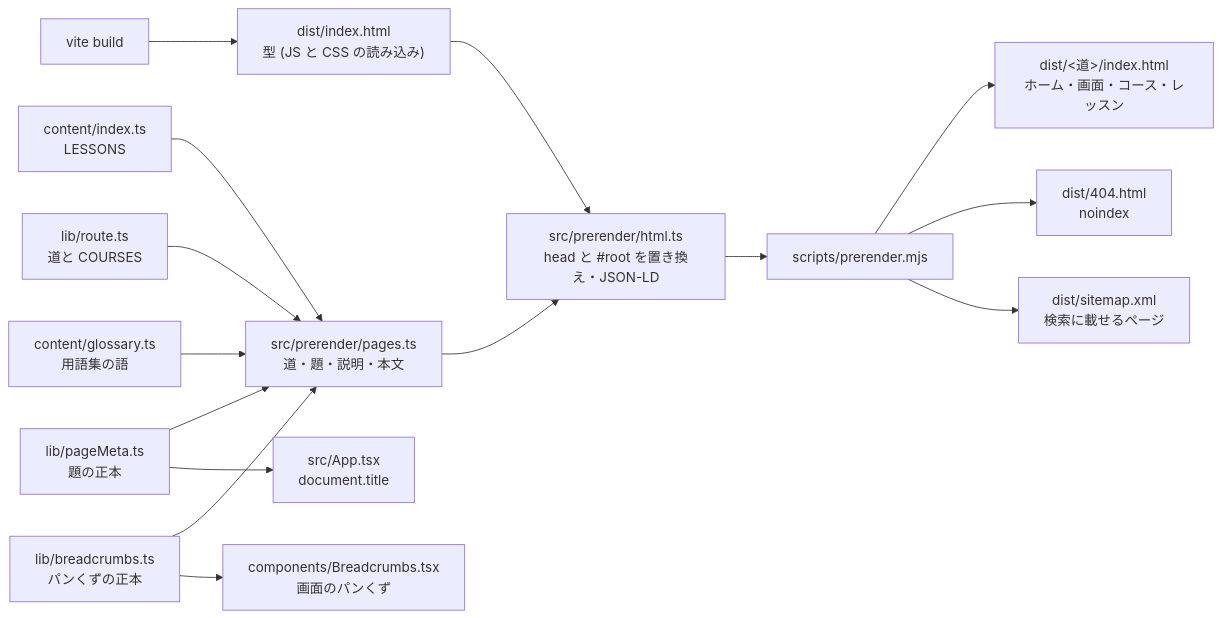
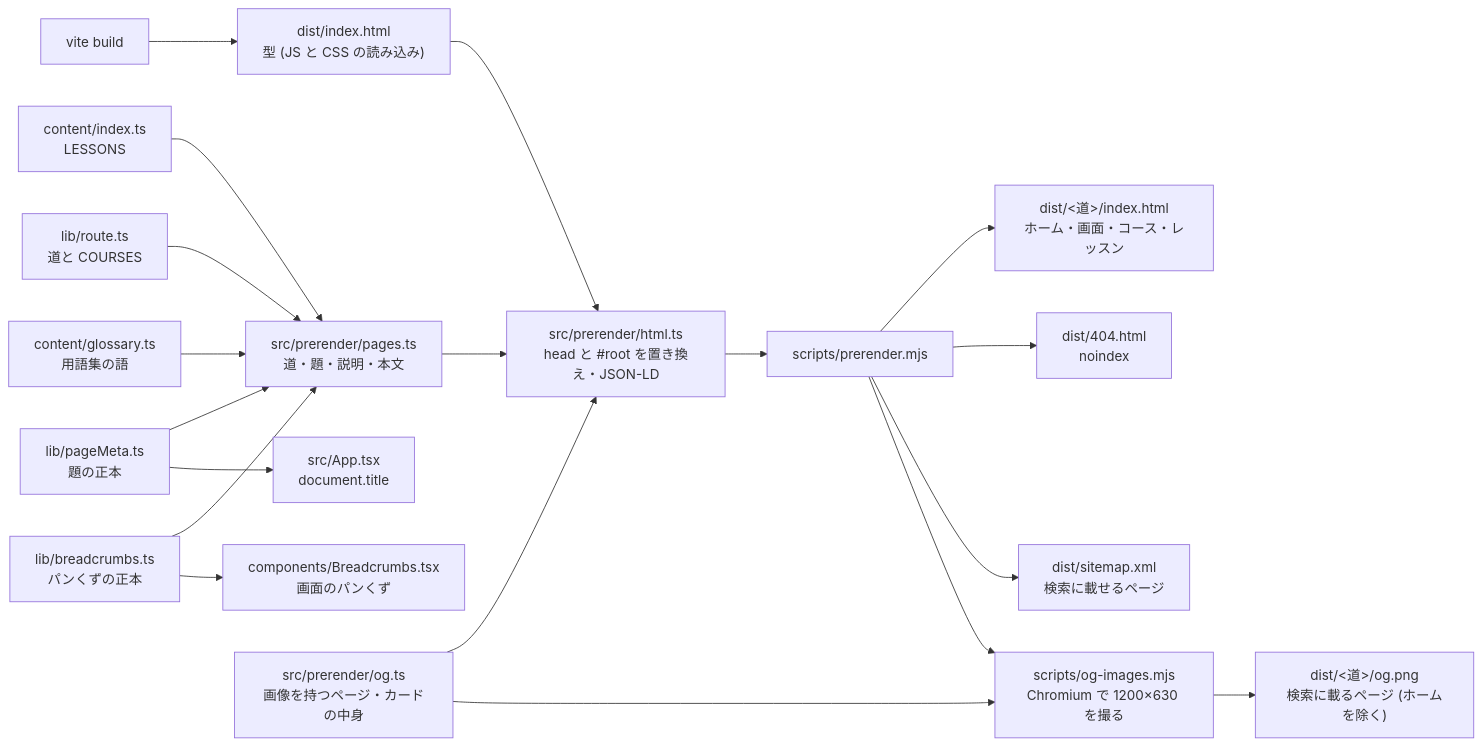
The third of 3 diagrams in README.md (maco165/gantlo), drawn with Mermaid before and after one commit. The commit also changed other lines of this file and 1 other file, not shown here.

````diff
--- a/README.md
+++ b/README.md
@@ -174,17 +174,21 @@
 ```mermaid
 flowchart LR
   build["vite build"] --> tpl["dist/index.html<br/>型 (JS と CSS の読み込み)"]
   content["content/index.ts<br/>LESSONS"] --> pages["src/prerender/pages.ts<br/>道・題・説明・本文"]
   route["lib/route.ts<br/>道と COURSES"] --> pages
   meta["lib/pageMeta.ts<br/>題の正本"] --> pages
   meta --> app["src/App.tsx<br/>document.title"]
   glossary["content/glossary.ts<br/>用語集の語"] --> pages
   crumbs["lib/breadcrumbs.ts<br/>パンくずの正本"] --> pages
   crumbs --> app2["components/Breadcrumbs.tsx<br/>画面のパンくず"]
   tpl --> html["src/prerender/html.ts<br/>head と #root を置き換え・JSON-LD"]
   pages --> html
   html --> pre["scripts/prerender.mjs"]
   pre --> out["dist/#lt;道#gt;/index.html<br/>ホーム・画面・コース・レッスン"]
   pre --> nf["dist/404.html<br/>noindex"]
   pre --> sm["dist/sitemap.xml<br/>検索に載せるページ"]
+  og["src/prerender/og.ts<br/>画像を持つページ・カードの中身"] --> html
+  og --> ogi["scripts/og-images.mjs<br/>Chromium で 1200×630 を撮る"]
+  pre --> ogi
+  ogi --> ogp["dist/#lt;道#gt;/og.png<br/>検索に載るページ (ホームを除く)"]
 ```
````
